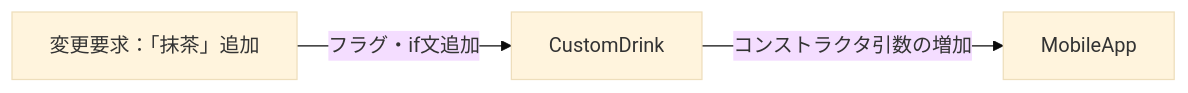
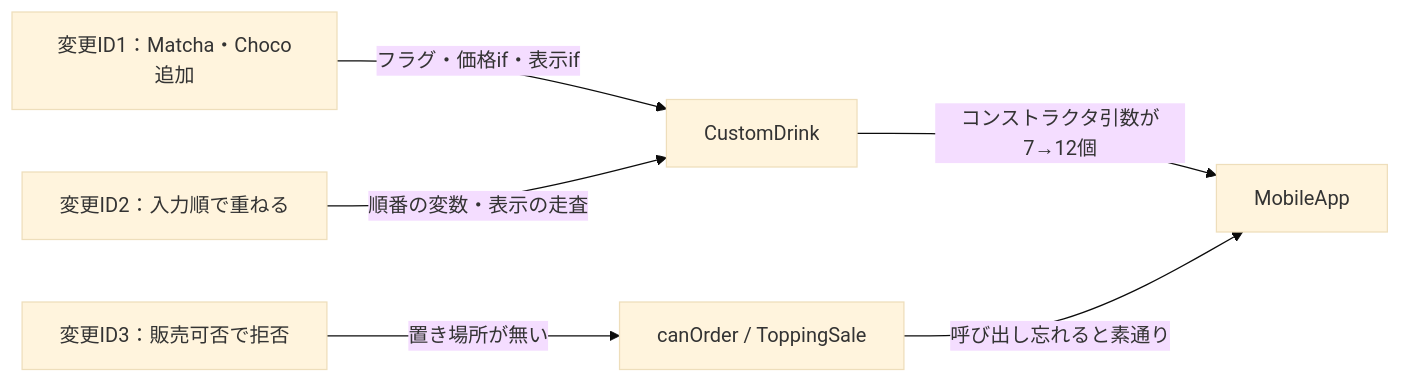
The sixth of 17 diagrams in kindle/design-patterns/output/chapter06.md (kumachan1101-pixel/DesignPattern), drawn with Mermaid (base theme) before and after one commit. The commit also changed other lines of this file and 4 other files, not shown here.

````diff
--- a/kindle/design-patterns/output/chapter06.md
+++ b/kindle/design-patterns/output/chapter06.md
@@ -899,5 +1062,8 @@
 ```mermaid
 graph LR
-    T1["変更要求：「抹茶」追加"] -->|"フラグ・if文追加"| A["CustomDrink"]
-    A -->|"コンストラクタ引数の増加"| B["MobileApp"]
+    T1["変更ID1：Matcha・Choco追加"] -->|"フラグ・価格if・表示if"| A["CustomDrink"]
+    T2["変更ID2：入力順で重ねる"] -->|"順番の変数・表示の走査"| A
+    T3["変更ID3：販売可否で拒否"] -->|"置き場所が無い"| C["canOrder / ToppingSale"]
+    A -->|"コンストラクタ引数が7→12個"| B["MobileApp"]
+    C -->|"呼び出し忘れると素通り"| B
 ```
````
